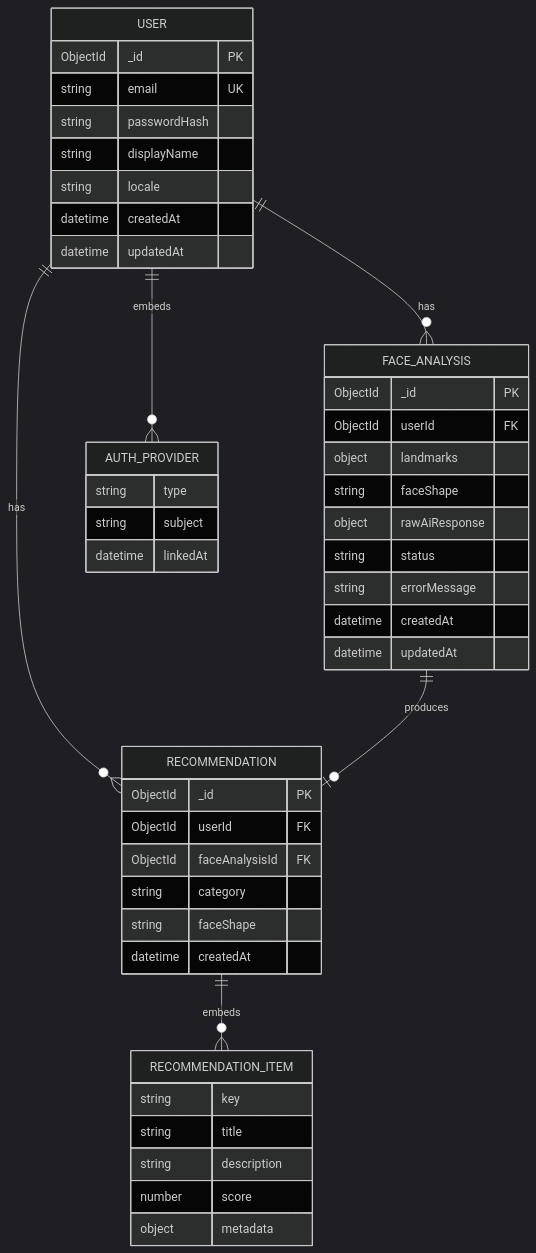
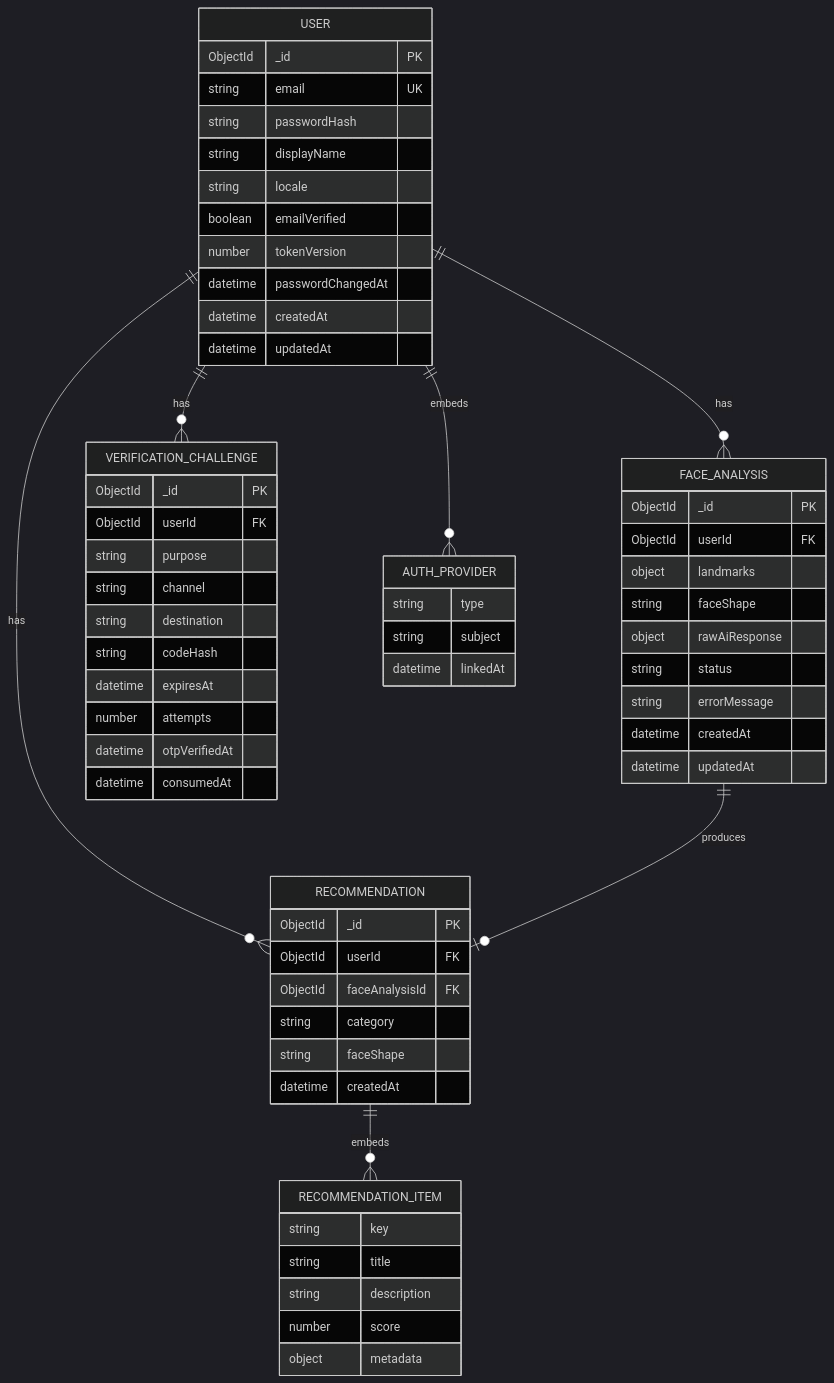
One commit to SaydahbarovAzamjon-cloud/lumora-backend changed the diagram in docs/ER_MODELING.md. Above: the diagram before and after it, drawn with Mermaid (dark theme). The commit also changed other lines of this file and 50 other files, not shown here.

First line of the commit message:
Add auth, shared VerificationService, and password recovery.

````diff
--- a/docs/ER_MODELING.md
+++ b/docs/ER_MODELING.md
@@ -27,53 +27,70 @@
 ```mermaid
 erDiagram
   USER ||--o{ FACE_ANALYSIS : has
   USER ||--o{ RECOMMENDATION : has
+  USER ||--o{ VERIFICATION_CHALLENGE : has
   FACE_ANALYSIS ||--o| RECOMMENDATION : produces
   USER ||--o{ AUTH_PROVIDER : embeds
   RECOMMENDATION ||--o{ RECOMMENDATION_ITEM : embeds
 
   USER {
     ObjectId _id PK
     string email UK
     string passwordHash
     string displayName
     string locale
+    boolean emailVerified
+    number tokenVersion
+    datetime passwordChangedAt
     datetime createdAt
     datetime updatedAt
   }
 
   AUTH_PROVIDER {
     string type
     string subject
     datetime linkedAt
+  }
+
+  VERIFICATION_CHALLENGE {
+    ObjectId _id PK
+    ObjectId userId FK
+    string purpose
+    string channel
+    string destination
+    string codeHash
+    datetime expiresAt
+    number attempts
+    datetime otpVerifiedAt
+    datetime consumedAt
   }
 
   FACE_ANALYSIS {
     ObjectId _id PK
     ObjectId userId FK
     object landmarks
     string faceShape
     object rawAiResponse
     string status
     string errorMessage
     datetime createdAt
     datetime updatedAt
   }
 
   RECOMMENDATION {
     ObjectId _id PK
     ObjectId userId FK
     ObjectId faceAnalysisId FK
     string category
     string faceShape
     datetime createdAt
   }
 
   RECOMMENDATION_ITEM {
     string key
     string title
     string description
     number score
     object metadata
   }
 ```
````
